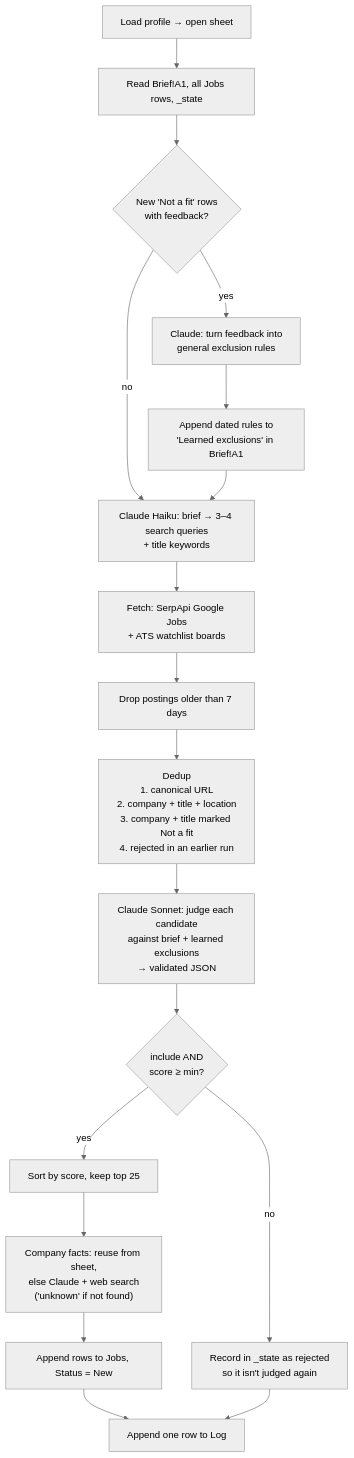
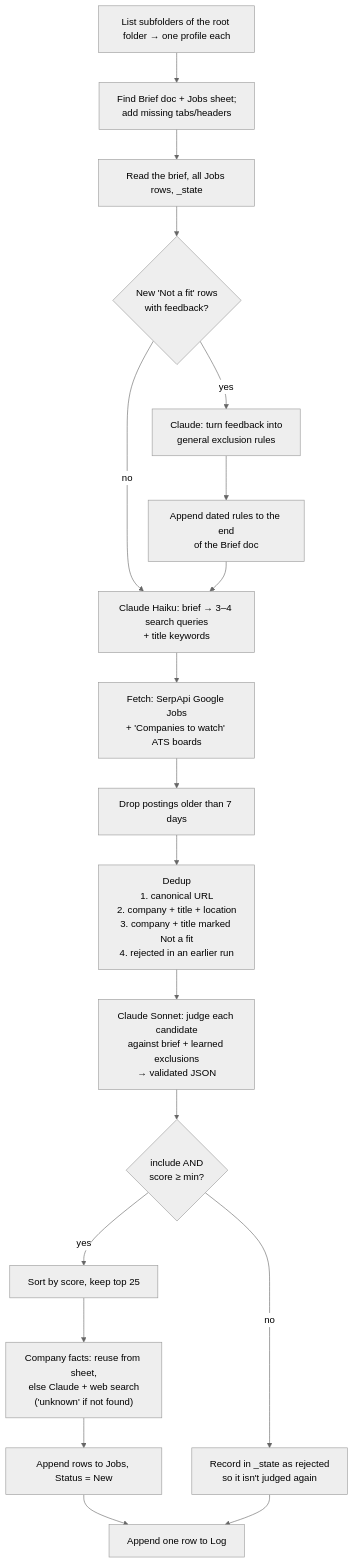
The second of 5 diagrams in docs/ARCHITECTURE.md (juliavasan/job-scout), drawn with Mermaid (neutral theme) before and after one commit. The commit also changed other lines of this file and 12 other files, not shown here.

````diff
--- a/docs/ARCHITECTURE.md
+++ b/docs/ARCHITECTURE.md
@@ -53,20 +61,21 @@
 ```mermaid
 flowchart TD
-    A["Load profile → open sheet"] --> B["Read Brief!A1, all Jobs rows, _state"]
+    A["List subfolders of the root folder → one profile each"] --> A2["Find Brief doc + Jobs sheet;<br/>add missing tabs/headers"]
+    A2 --> B["Read the brief, all Jobs rows, _state"]
     B --> C{"New 'Not a fit' rows<br/>with feedback?"}
     C -- yes --> D["Claude: turn feedback into<br/>general exclusion rules"]
-    D --> E["Append dated rules to<br/>'Learned exclusions' in Brief!A1"]
+    D --> E["Append dated rules to the end<br/>of the Brief doc"]
     C -- no --> F
     E --> F["Claude Haiku: brief → 3–4 search queries<br/>+ title keywords"]
-    F --> G["Fetch: SerpApi Google Jobs<br/>+ ATS watchlist boards"]
+    F --> G["Fetch: SerpApi Google Jobs<br/>+ 'Companies to watch' ATS boards"]
     G --> H["Drop postings older than 7 days"]
     H --> I["Dedup<br/>1. canonical URL<br/>2. company + title + location<br/>3. company + title marked Not a fit<br/>4. rejected in an earlier run"]
     I --> J["Claude Sonnet: judge each candidate<br/>against brief + learned exclusions<br/>→ validated JSON"]
     J --> K{"include AND<br/>score ≥ min?"}
     K -- no --> L["Record in _state as rejected<br/>so it isn't judged again"]
     K -- yes --> M["Sort by score, keep top 25"]
     M --> N["Company facts: reuse from sheet,<br/>else Claude + web search<br/>('unknown' if not found)"]
     N --> O["Append rows to Jobs, Status = New"]
     O --> P["Append one row to Log"]
     L --> P
 ```
````
